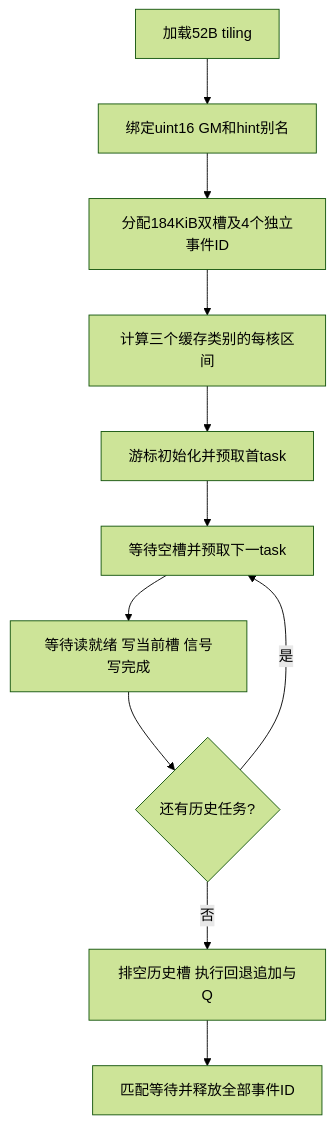
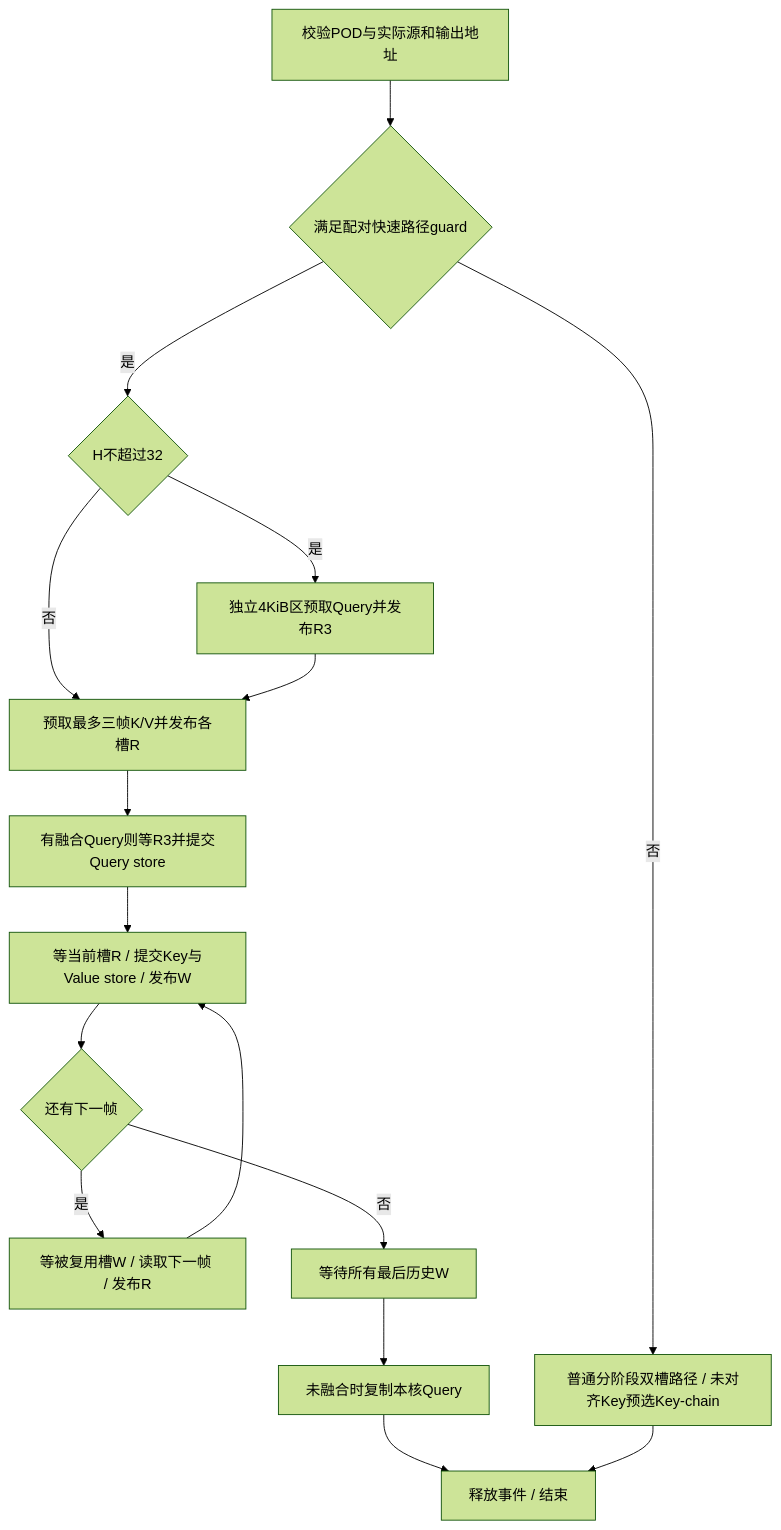
One commit to swenzhai/xllm changed the third of 3 diagrams in task_submission/0 T5QKV拆分与缓存追加算子设计文档.md. Above: the diagram before and after it, drawn with Mermaid (forest theme). The commit also changed other lines of this file and 56 other files, not shown here.

````diff
--- a/task_submission/0 T5QKV拆分与缓存追加算子设计文档.md
+++ b/task_submission/0 T5QKV拆分与缓存追加算子设计文档.md
@@ -227,13 +218,18 @@
 ```mermaid
 flowchart TD
-  A[加载52B tiling] --> B[绑定uint16 GM和hint别名]
-  B --> C[分配184KiB双槽及4个独立事件ID]
-  C --> D[计算三个缓存类别的每核区间]
-  D --> E[游标初始化并预取首task]
-  E --> F[等待空槽并预取下一task]
-  F --> G[等待读就绪 写当前槽 信号写完成]
-  G --> H{还有历史任务?}
-  H -- 是 --> F
-  H -- 否 --> I[排空历史槽 执行回退追加与Q]
-  I --> J[匹配等待并释放全部事件ID]
+    A[校验POD与实际源和输出地址] --> G{满足配对快速路径guard}
+    G -- 否 --> F[普通分阶段双槽路径 / 未对齐Key预选Key-chain]
+    G -- 是 --> Q{H不超过32}
+    Q -- 是 --> QP[独立4KiB区预取Query并发布R3]
+    Q -- 否 --> H[预取最多三帧K/V并发布各槽R]
+    QP --> H
+    H --> QS[有融合Query则等R3并提交Query store]
+    QS --> S[等当前槽R / 提交Key与Value store / 发布W]
+    S --> N{还有下一帧}
+    N -- 是 --> W[等被复用槽W / 读取下一帧 / 发布R]
+    W --> S
+    N -- 否 --> D[等待所有最后历史W]
+    D --> U[未融合时复制本核Query]
+    U --> R[释放事件 / 结束]
+    F --> R
 ```
````
